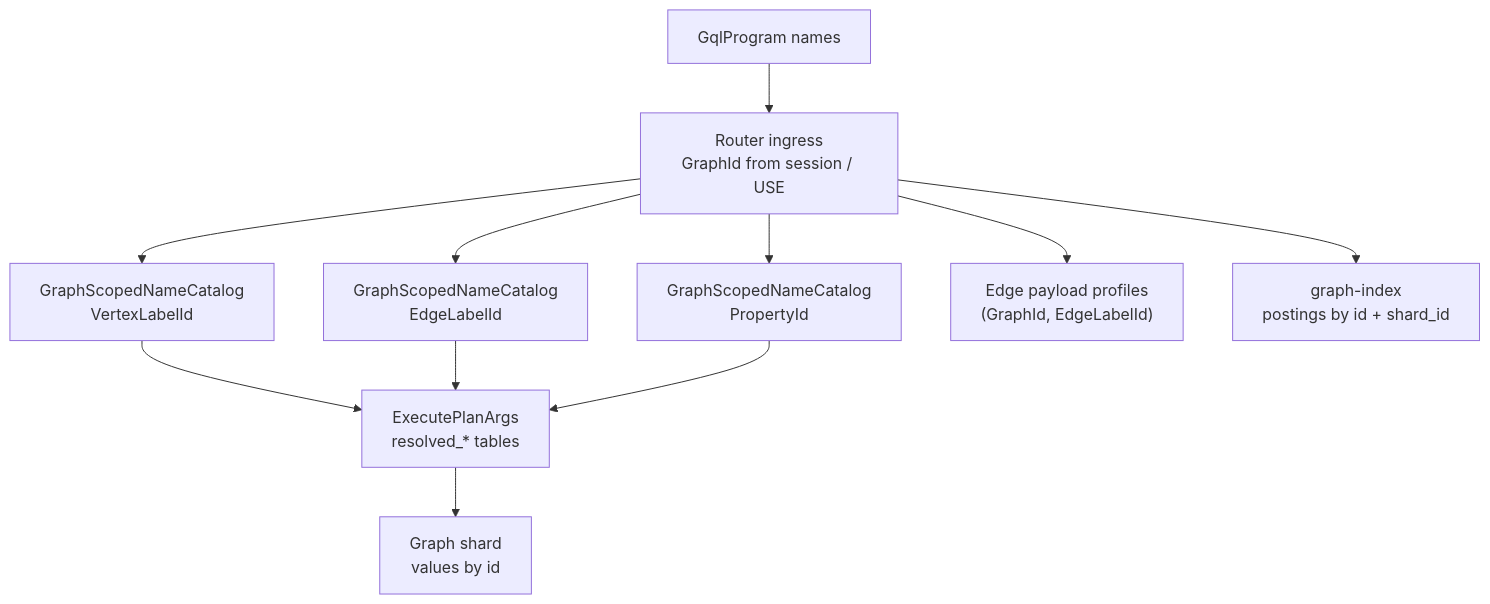
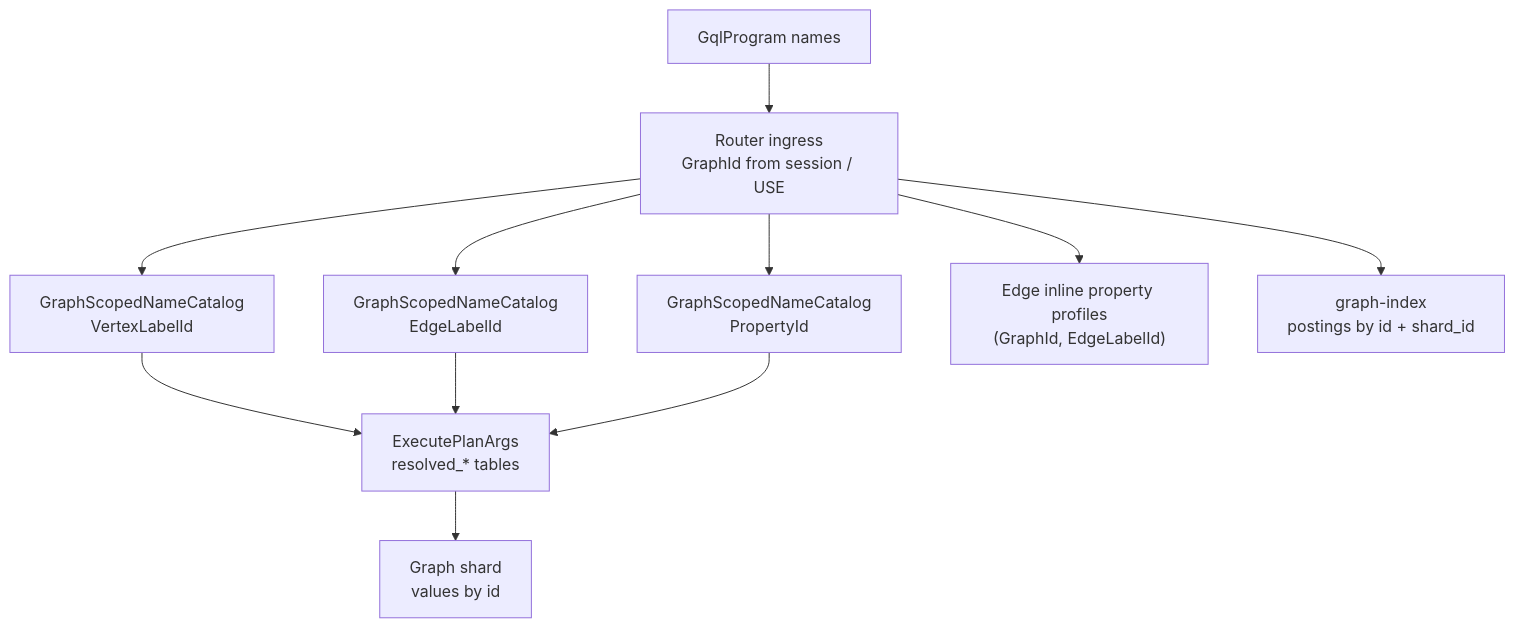
One commit to perforate-org/gleaph changed the diagram in design/adr/0018-graph-scoped-label-property-catalogs.md. Above: the diagram before and after it, drawn with Mermaid. The commit also changed other lines of this file and 43 other files, not shown here.

Commit message:
docs: unify edge inline property terminology across design/ and rename related files

````diff
--- a/design/adr/0018-graph-scoped-label-property-catalogs.md
+++ b/design/adr/0018-graph-scoped-label-property-catalogs.md
@@ -211,23 +211,23 @@
 ```mermaid
 flowchart TB
     GQL["GqlProgram names"]
     R["Router ingress<br/>GraphId from session / USE"]
     VL["GraphScopedNameCatalog<br/>VertexLabelId"]
     EL["GraphScopedNameCatalog<br/>EdgeLabelId"]
     PR["GraphScopedNameCatalog<br/>PropertyId"]
-    EP["Edge payload profiles<br/>(GraphId, EdgeLabelId)"]
+    EP["Edge inline property profiles<br/>(GraphId, EdgeLabelId)"]
     W["ExecutePlanArgs<br/>resolved_* tables"]
     GS["Graph shard<br/>values by id"]
     IX["graph-index<br/>postings by id + shard_id"]
 
     GQL --> R
     R --> VL
     R --> EL
     R --> PR
     R --> EP
     VL --> W
     EL --> W
     PR --> W
     W --> GS
     R --> IX
 ```
````
